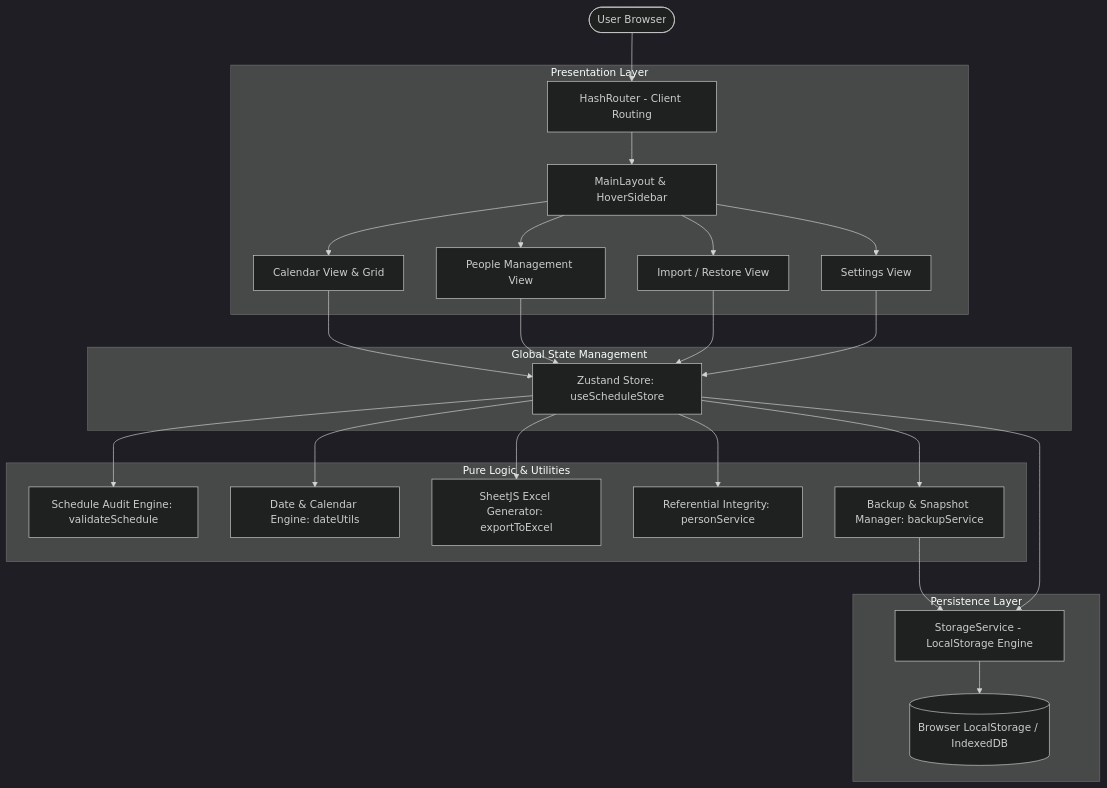
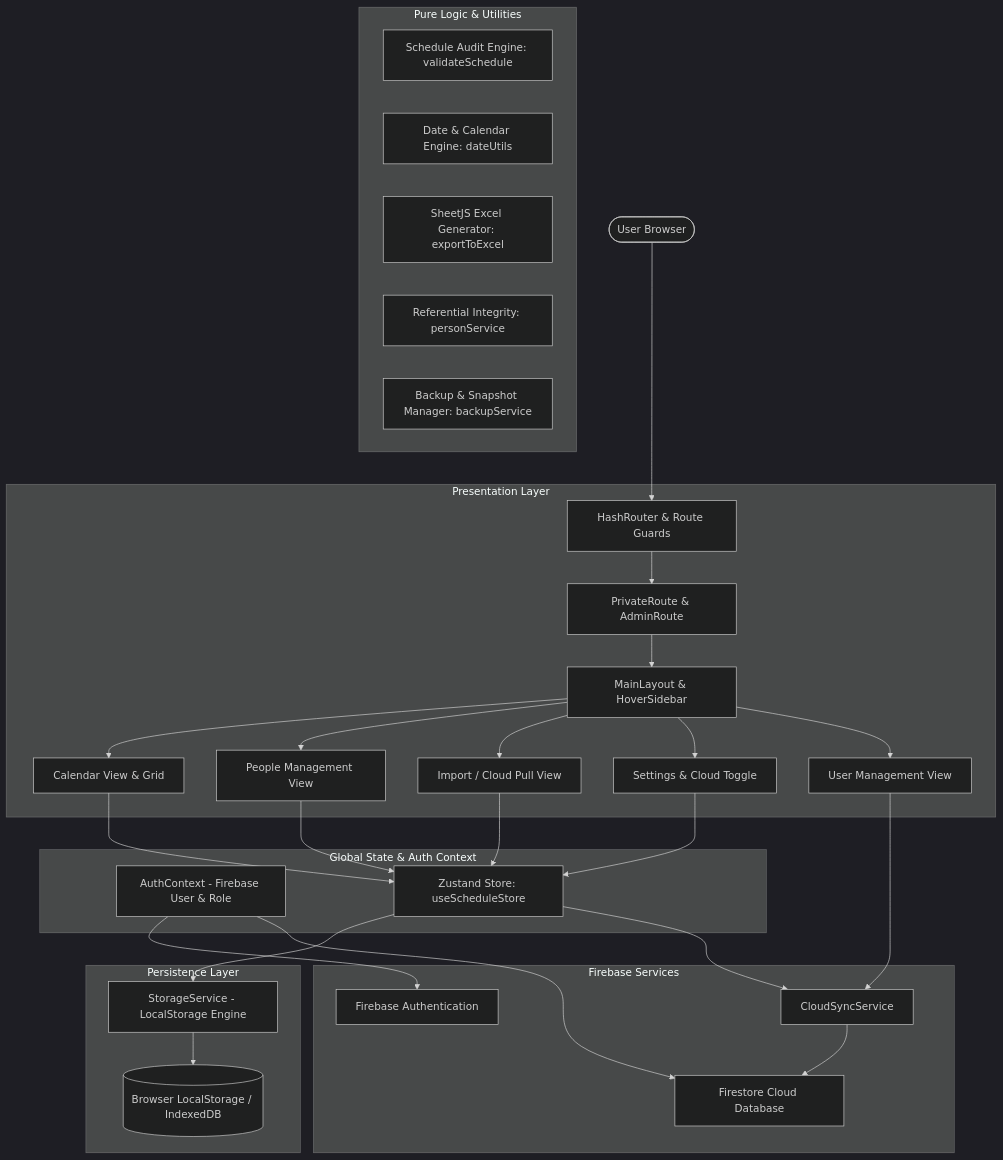
Before and after one commit to pleaobraga/health-scale: the diagram in README.md, drawn with Mermaid (dark theme). The commit also changed other lines of this file, not shown here.

````diff
--- a/README.md
+++ b/README.md
@@ -101,52 +132,61 @@
 ```mermaid
 graph TD
     User([User Browser])
     
     subgraph UI_Layer [Presentation Layer]
-        Router[HashRouter - Client Routing]
+        Router[HashRouter & Route Guards]
+        AuthGuard[PrivateRoute & AdminRoute]
         Layout[MainLayout & HoverSidebar]
         CalendarView[Calendar View & Grid]
         PeopleView[People Management View]
-        ImportView[Import / Restore View]
-        SettingsView[Settings View]
+        ImportView[Import / Cloud Pull View]
+        SettingsView[Settings & Cloud Toggle]
+        UsersView[User Management View]
     end
 
-    subgraph State_Layer [Global State Management]
+    subgraph State_Layer [Global State & Auth Context]
+        AuthContext[AuthContext - Firebase User & Role]
         Store[Zustand Store: useScheduleStore]
+    end
+
+    subgraph Cloud_Layer [Firebase Services]
+        FirebaseAuth[Firebase Authentication]
+        Firestore[Firestore Cloud Database]
+        CloudSync[CloudSyncService]
     end
 
     subgraph Business_Layer [Pure Logic & Utilities]
         Validator[Schedule Audit Engine: validateSchedule]
         DateUtils[Date & Calendar Engine: dateUtils]
         ExcelExport[SheetJS Excel Generator: exportToExcel]
         PersonService[Referential Integrity: personService]
         BackupService[Backup & Snapshot Manager: backupService]
     end
 
     subgraph Storage_Layer [Persistence Layer]
         StorageService[StorageService - LocalStorage Engine]
         LocalStorage[(Browser LocalStorage / IndexedDB)]
     end
 
     User --> Router
-    Router --> Layout
+    Router --> AuthGuard
+    AuthGuard --> Layout
     Layout --> CalendarView
     Layout --> PeopleView
     Layout --> ImportView
     Layout --> SettingsView
+    Layout --> UsersView
 
     CalendarView --> Store
     PeopleView --> Store
     ImportView --> Store
     SettingsView --> Store
+    UsersView --> CloudSync
 
-    Store --> Validator
-    Store --> PersonService
-    Store --> DateUtils
-    Store --> ExcelExport
-    Store --> BackupService
-
-    BackupService --> StorageService
     Store --> StorageService
+    Store --> CloudSync
+    CloudSync --> Firestore
+    AuthContext --> FirebaseAuth
+    AuthContext --> Firestore
     StorageService --> LocalStorage
 ```
````
